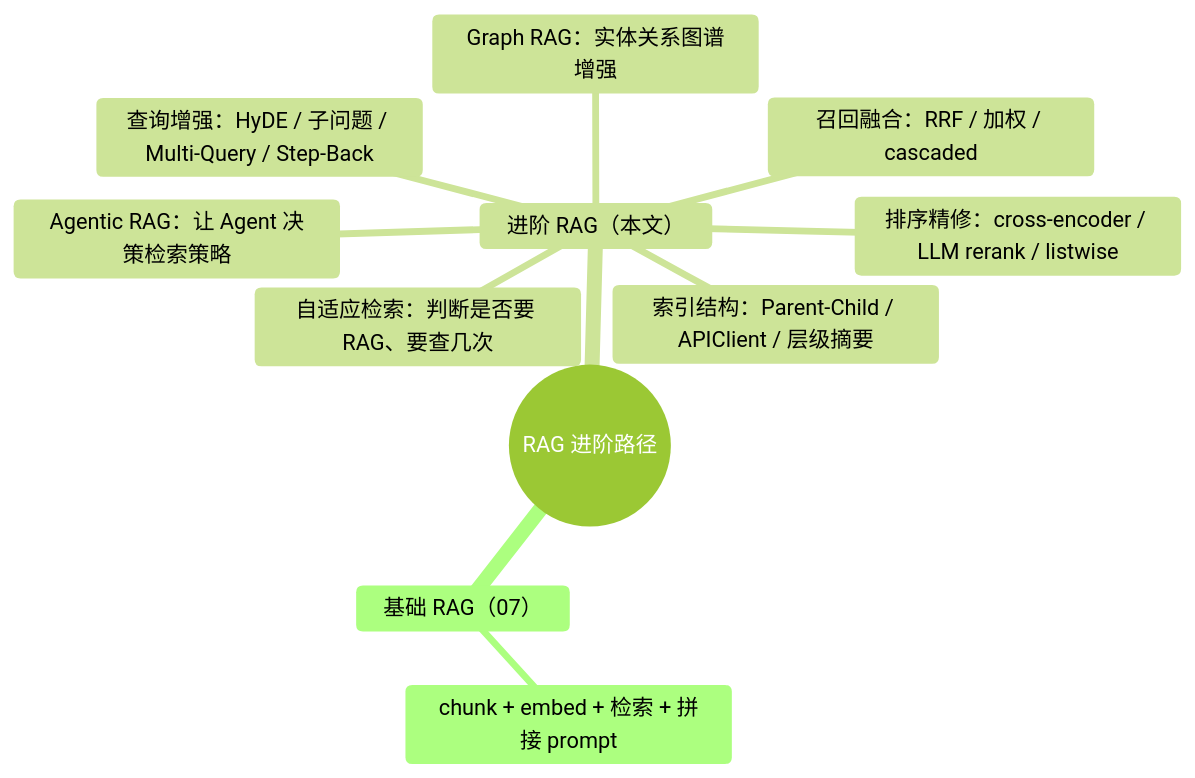
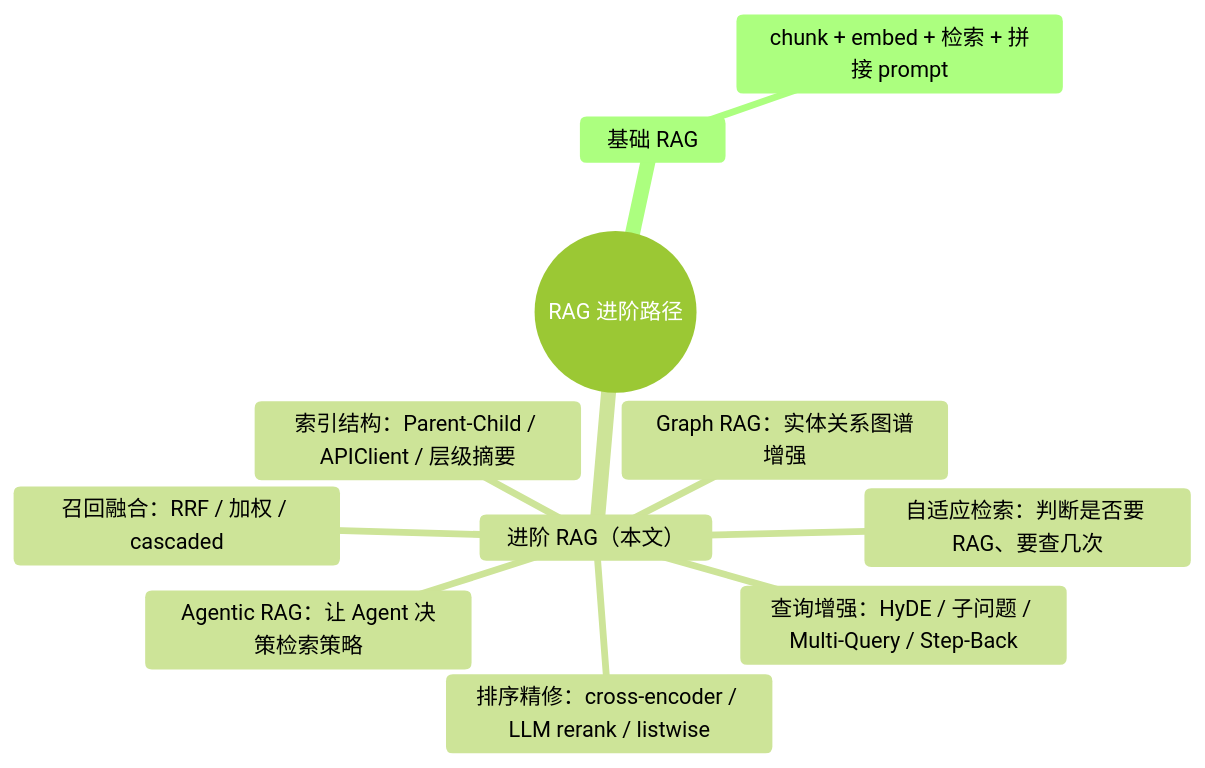
The first of 9 diagrams in docs/tutorials/spring-ai-2.0/20-RAG高级篇.md (UranusGit/java-agent-learn), drawn with Mermaid (forest theme) before and after one commit. The commit also changed other lines of this file and 184 other files, not shown here.

````diff
--- a/docs/tutorials/spring-ai-2.0/20-RAG高级篇.md
+++ b/docs/tutorials/spring-ai-2.0/20-RAG高级篇.md
@@ -14,14 +14,14 @@
 ```mermaid
 mindmap
   root((RAG 进阶路径))
-    基础 RAG（07）
+    基础 RAG
       chunk + embed + 检索 + 拼接 prompt
     进阶 RAG（本文）
       召回融合：RRF / 加权 / cascaded
       排序精修：cross-encoder / LLM rerank / listwise
       查询增强：HyDE / 子问题 / Multi-Query / Step-Back
       索引结构：Parent-Child / APIClient / 层级摘要
       自适应检索：判断是否要 RAG、要查几次
       Graph RAG：实体关系图谱增强
       Agentic RAG：让 Agent 决策检索策略
 ```
````
